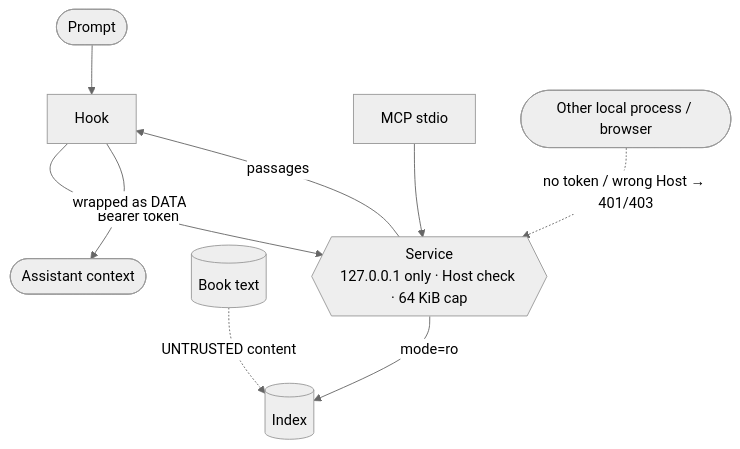
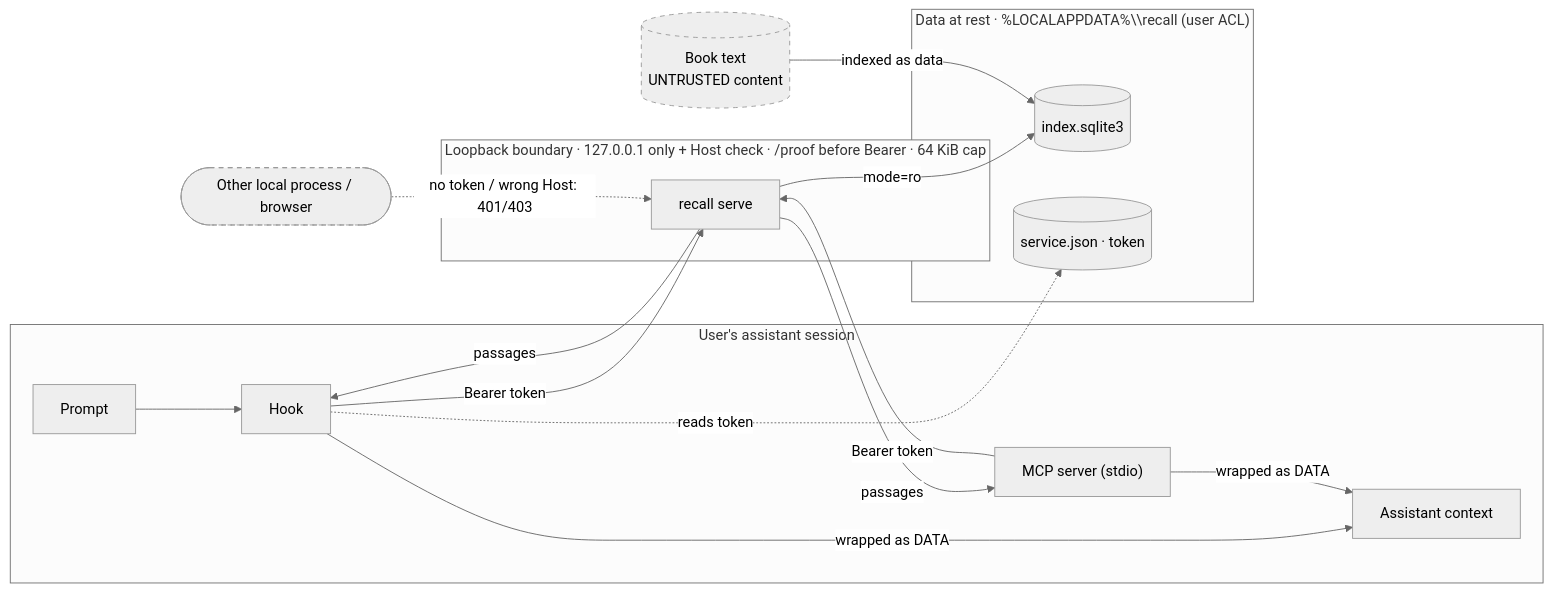
Before and after one commit to andreshma/recall: the diagram in docs/THREAT_MODEL.md, drawn with Mermaid (neutral theme). The commit also changed other lines of this file and 20 other files, not shown here.

````diff
--- a/docs/THREAT_MODEL.md
+++ b/docs/THREAT_MODEL.md
@@ -20,11 +32,33 @@
 ```mermaid
-flowchart TD
-    prompt([Prompt]) --> hook[Hook]
-    hook -- "Bearer token" --> svc{{"Service<br/>127.0.0.1 only · Host check · 64 KiB cap"}}
-    mcp[MCP stdio] --> svc
-    svc -- "mode=ro" --> db[(Index)]
-    books[(Book text)] -. "UNTRUSTED content" .-> db
+flowchart LR
+    subgraph user_session["User's assistant session"]
+        prompt["Prompt"]
+        hook["Hook"]
+        mcp["MCP server (stdio)"]
+        ctx["Assistant context"]
+    end
+    subgraph loopback["Loopback boundary · 127.0.0.1 only + Host check · /proof before Bearer · 64 KiB cap"]
+        svc["recall serve"]
+    end
+    subgraph data["Data at rest · %LOCALAPPDATA%\\recall (user ACL)"]
+        db[("index.sqlite3")]
+        tok[("service.json · token")]
+    end
+    books[("Book text<br/>UNTRUSTED content")]
+    other(["Other local process / browser"])
+
+    prompt --> hook
+    hook -- "Bearer token" --> svc
+    mcp -- "Bearer token" --> svc
+    svc -- "mode=ro" --> db
+    books -- "indexed as data" --> db
     svc -- "passages" --> hook
-    hook -- "wrapped as DATA" --> ctx([Assistant context])
-    other([Other local process / browser]) -. "no token / wrong Host → 401/403" .-> svc
+    svc -- "passages" --> mcp
+    hook -- "wrapped as DATA" --> ctx
+    mcp -- "wrapped as DATA" --> ctx
+    hook -. "reads token" .-> tok
+    other -. "no token / wrong Host: 401/403" .-> svc
+
+    classDef untrusted stroke-dasharray: 5 5
+    class books,other untrusted
 ```
````
